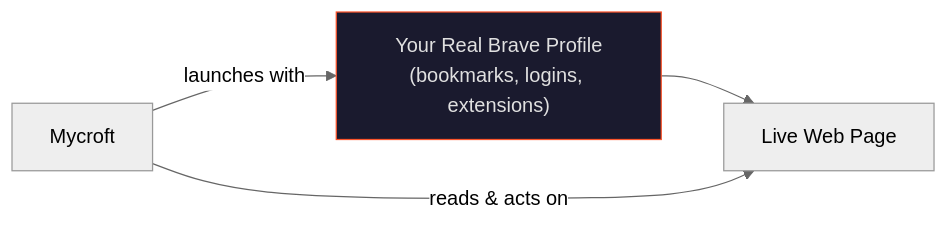
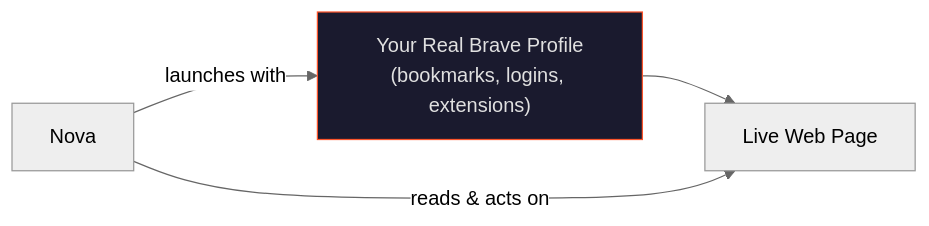
The sixth of 6 diagrams in ARCHITECTURE.md (Saishhhhhh/Nova---Browser-Assistant), drawn with Mermaid (neutral theme) before and after one commit. The commit also changed other lines of this file and 40 other files, not shown here.

First line of the commit message:
rename: Mycroft -> Nova; wire in a real custom-trained acoustic wake-word model

````diff
--- a/ARCHITECTURE.md
+++ b/ARCHITECTURE.md
@@ -294,8 +294,8 @@
 ```mermaid
 graph LR
-    APP["Mycroft"] -->|"launches with"| PROFILE["Your Real Brave Profile<br/>(bookmarks, logins, extensions)"]
+    APP["Nova"] -->|"launches with"| PROFILE["Your Real Brave Profile<br/>(bookmarks, logins, extensions)"]
     PROFILE --> PAGE["Live Web Page"]
     APP -->|"reads & acts on"| PAGE
 
     style PROFILE fill:#1a1a2e,color:#e0e0e0,stroke:#FB542B
 ```
````
